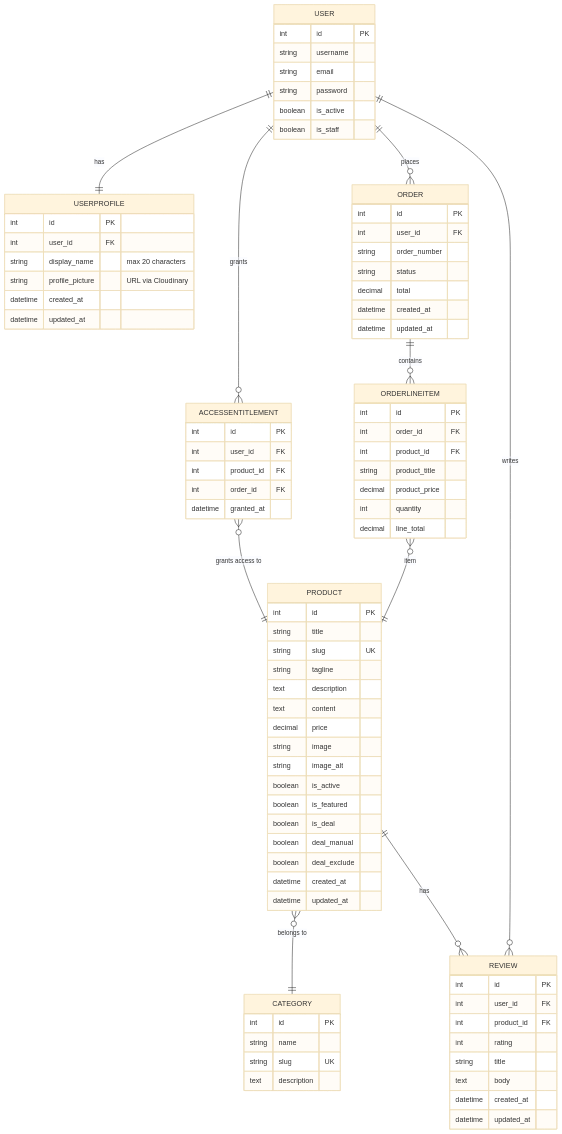
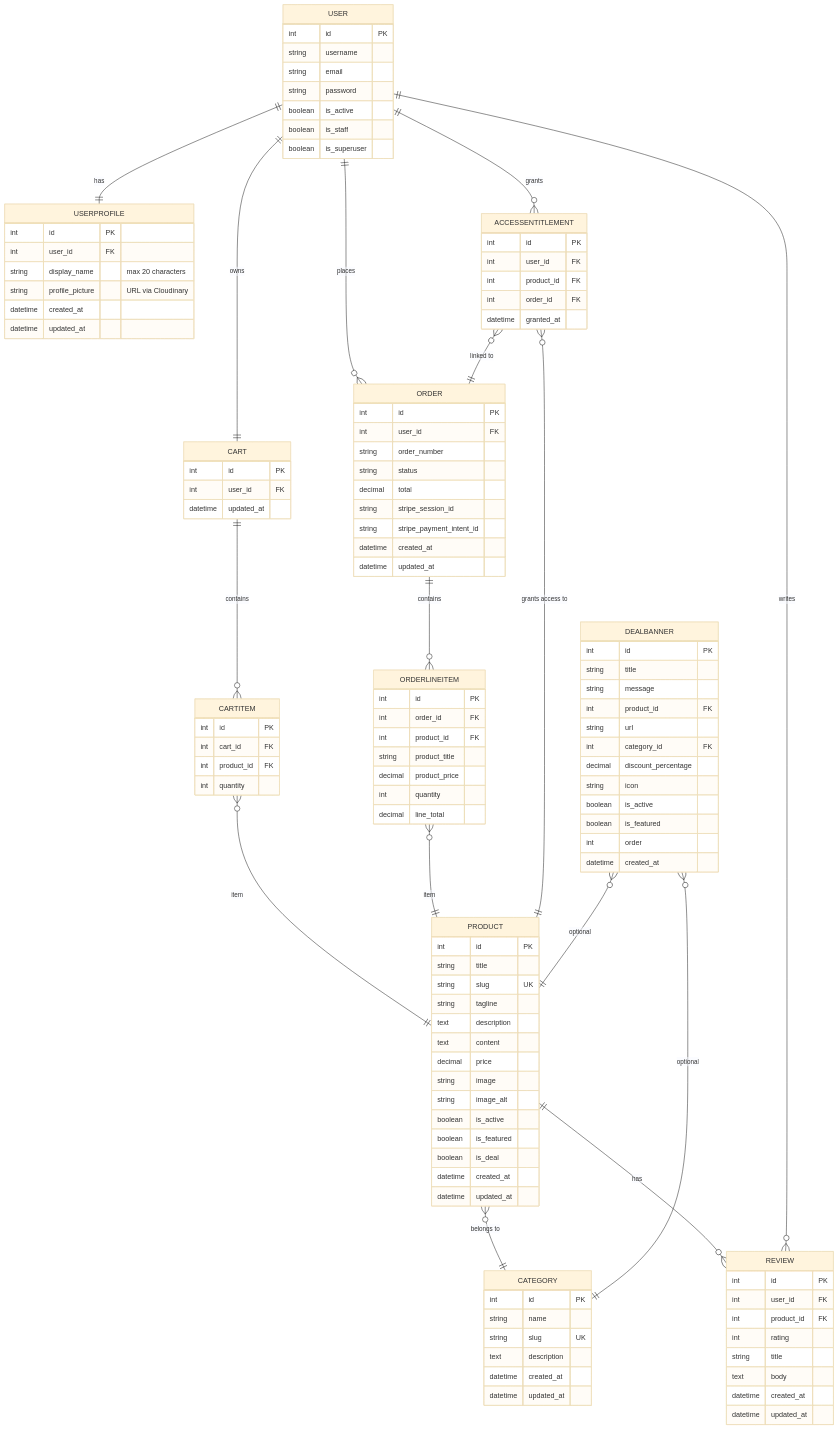
One commit to Drake-Designer/The-Elysium-Archive changed the diagram in README.md. Above: the diagram before and after it, drawn with Mermaid (base theme). The commit also changed other lines of this file and 22 other files, not shown here.

````diff
--- a/README.md
+++ b/README.md
@@ -840,14 +850,20 @@
 ```mermaid
 erDiagram
     USER ||--|| USERPROFILE : has
+    USER ||--|| CART : owns
+    CART ||--o{ CARTITEM : contains
+    CARTITEM }o--|| PRODUCT : item
     USER ||--o{ ORDER : places
+    ORDER ||--o{ ORDERLINEITEM : contains
+    ORDERLINEITEM }o--|| PRODUCT : item
     USER ||--o{ ACCESSENTITLEMENT : grants
     ACCESSENTITLEMENT }o--|| PRODUCT : "grants access to"
-    ORDER ||--o{ ORDERLINEITEM : contains
-    ORDERLINEITEM }o--|| PRODUCT : item
+    ACCESSENTITLEMENT }o--|| ORDER : "linked to"
     PRODUCT }o--|| CATEGORY : "belongs to"
     PRODUCT ||--o{ REVIEW : has
     USER ||--o{ REVIEW : writes
+    DEALBANNER }o--|| PRODUCT : "optional"
+    DEALBANNER }o--|| CATEGORY : "optional"
 
     USERPROFILE {
         int id PK
@@ -865,6 +881,20 @@
         string password
         boolean is_active
         boolean is_staff
+        boolean is_superuser
+    }
+
+    CART {
+        int id PK
+        int user_id FK
+        datetime updated_at
+    }
+
+    CARTITEM {
+        int id PK
+        int cart_id FK
+        int product_id FK
+        int quantity
     }
 
     CATEGORY {
@@ -872,6 +902,23 @@
         string name
         string slug UK
         text description
+        datetime created_at
+        datetime updated_at
+    }
+
+    DEALBANNER {
+        int id PK
+        string title
+        string message
+        int product_id FK
+        string url
+        int category_id FK
+        decimal discount_percentage
+        string icon
+        boolean is_active
+        boolean is_featured
+        int order
+        datetime created_at
     }
 
     ORDER {
@@ -880,6 +927,8 @@
         string order_number
         string status
         decimal total
+        string stripe_session_id
+        string stripe_payment_intent_id
         datetime created_at
         datetime updated_at
     }
@@ -907,8 +956,6 @@
         boolean is_active
         boolean is_featured
         boolean is_deal
-        boolean deal_manual
-        boolean deal_exclude
         datetime created_at
         datetime updated_at
     }
````
